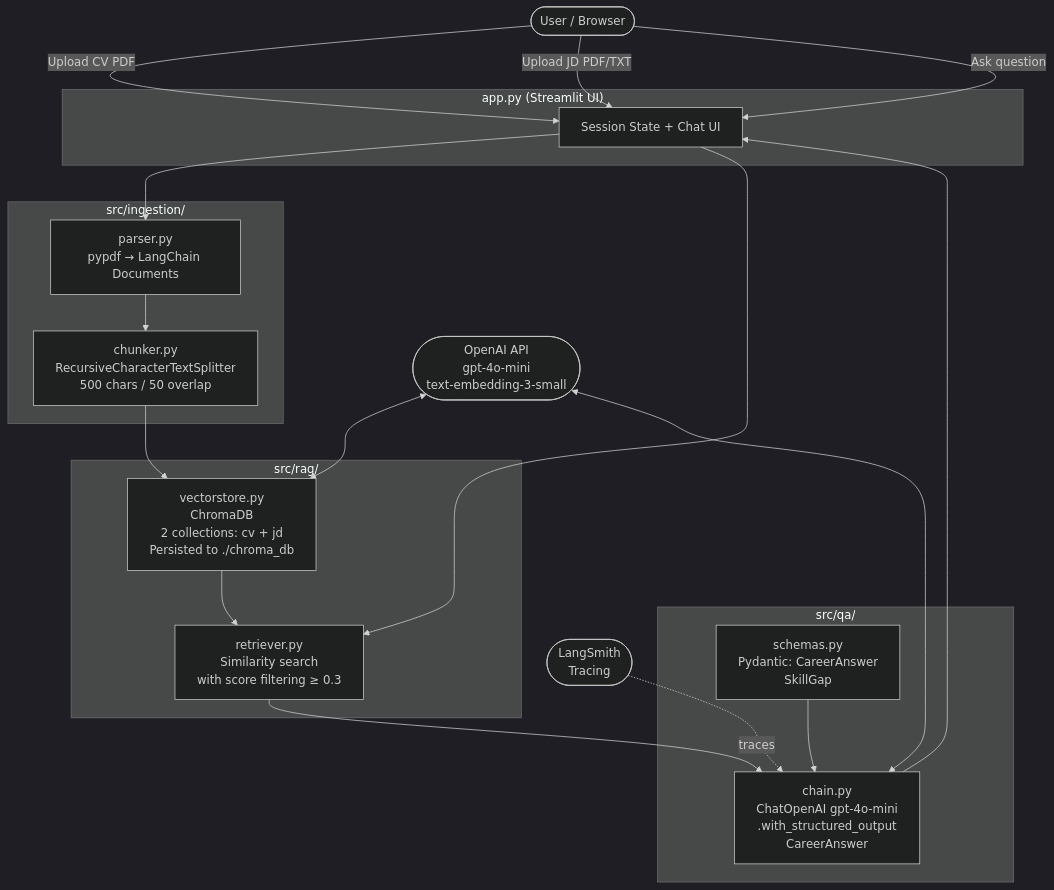
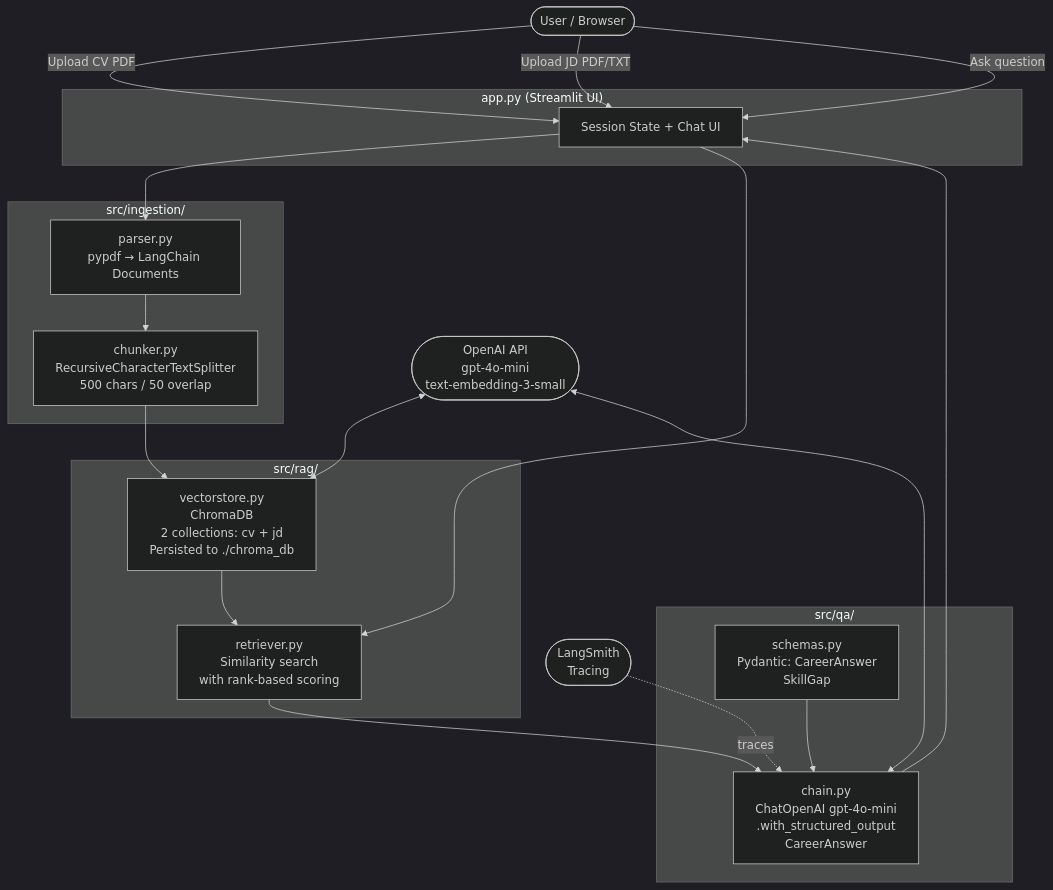
Before and after one commit to bhavadharanik/career-intel: the diagram in README.md, drawn with Mermaid (dark theme). The commit also changed other lines of this file and 1 other file, not shown here.

````diff
--- a/README.md
+++ b/README.md
@@ -53,38 +53,38 @@
 ```mermaid
 flowchart TD
     User([User / Browser]) -->|Upload CV PDF| Streamlit
     User -->|Upload JD PDF/TXT| Streamlit
     User -->|Ask question| Streamlit
 
     subgraph app ["app.py (Streamlit UI)"]
         Streamlit[Session State + Chat UI]
     end
 
     subgraph ingestion ["src/ingestion/"]
         Parser[parser.py\npypdf → LangChain Documents]
         Chunker[chunker.py\nRecursiveCharacterTextSplitter\n500 chars / 50 overlap]
         Parser --> Chunker
     end
 
     subgraph rag ["src/rag/"]
         VectorStore[vectorstore.py\nChromaDB\n2 collections: cv + jd\nPersisted to ./chroma_db]
-        Retriever[retriever.py\nSimilarity search\nwith score filtering ≥ 0.3]
+        Retriever[retriever.py\nSimilarity search\nwith rank-based scoring]
         VectorStore --> Retriever
     end
 
     subgraph qa ["src/qa/"]
         Schemas[schemas.py\nPydantic: CareerAnswer\nSkillGap]
         Chain[chain.py\nChatOpenAI gpt-4o-mini\n.with_structured_output\nCareerAnswer]
         Schemas --> Chain
     end
 
     Streamlit --> Parser
     Chunker --> VectorStore
     Streamlit --> Retriever
     Retriever --> Chain
     Chain --> Streamlit
 
     OpenAI([OpenAI API\ngpt-4o-mini\ntext-embedding-3-small]) <--> VectorStore
     OpenAI <--> Chain
     LangSmith([LangSmith\nTracing]) -.->|traces| Chain
 ```
````
